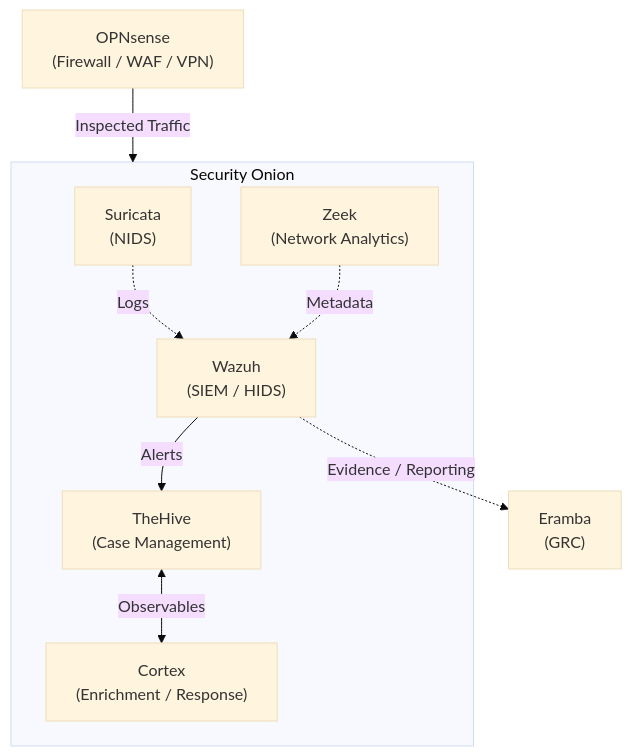
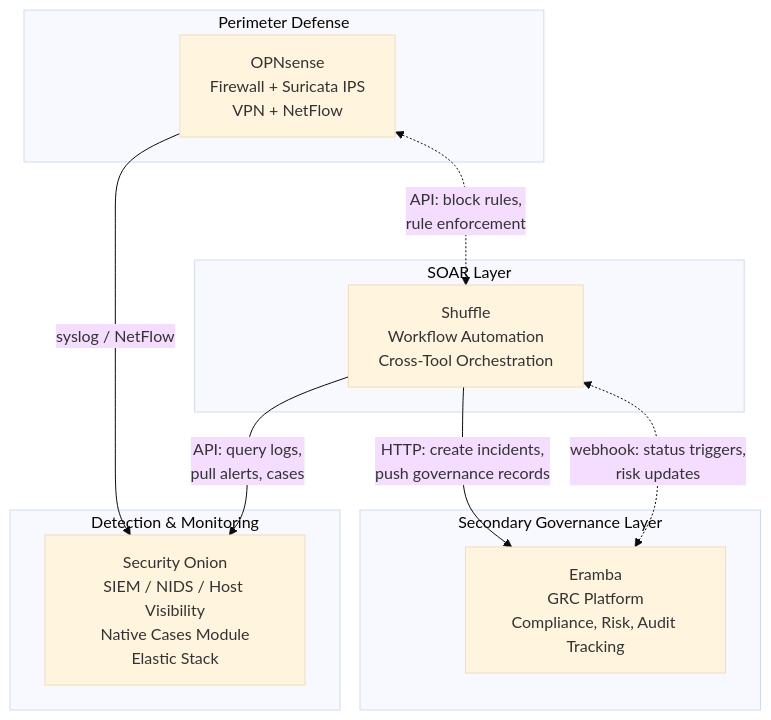
One commit to sreilly1977/dlh-cyber_security changed the first of 2 diagrams in notes/Open-Source_Security_Stack.md. Above: the diagram before and after it, drawn with Mermaid (base theme). The commit also changed other lines of this file, not shown here.

First line of the commit message:
Update Open-Source_Security_Stack.md

````diff
--- a/notes/Open-Source_Security_Stack.md
+++ b/notes/Open-Source_Security_Stack.md
@@ -53,23 +7,24 @@
 ```mermaid
 flowchart TB
-    OPN["OPNsense<br>(Firewall / WAF / VPN)"]
-
-    subgraph SO["Security Onion"]
-        SUR["Suricata<br>(NIDS)"]
-        ZEEK["Zeek<br>(Network Analytics)"]
-        WAZ["Wazuh<br>(SIEM / HIDS)"]
-        HIVE["TheHive<br>(Case Management)"]
-        CORTEX["Cortex<br>(Enrichment / Response)"]
+    subgraph Perimeter["Perimeter Defense"]
+        OPN["OPNsense<br/>Firewall + Suricata IPS<br/>VPN + NetFlow"]
     end
 
-    ERA["Eramba<br>(GRC)"]
+    subgraph Detection["Detection & Monitoring"]
+        SO["Security Onion<br/>SIEM / NIDS / Host Visibility<br/>Native Cases Module<br/>Elastic Stack"]
+    end
 
-    OPN -->|"Inspected Traffic"| SO
+    subgraph Orchestration["SOAR Layer"]
+        SHF["Shuffle<br/>Workflow Automation<br/>Cross-Tool Orchestration"]
+    end
 
-    SUR -.->|"Logs"| WAZ
-    ZEEK -.->|"Metadata"| WAZ
-    WAZ -->|"Alerts"| HIVE
-    HIVE <-->|"Observables"| CORTEX
+    subgraph Governance["Secondary Governance Layer"]
+        ERA["Eramba<br/>GRC Platform<br/>Compliance, Risk, Audit Tracking"]
+    end
 
-    WAZ -.->|"Evidence / Reporting"| ERA
+    OPN -- "syslog / NetFlow" --> SO
+    OPN <-. "API: block rules,<br/>rule enforcement" .-> SHF
+    SHF -- "API: query logs,<br/>pull alerts, cases" --> SO
+    SHF -- "HTTP: create incidents,<br/>push governance records" --> ERA
+    ERA <-. "webhook: status triggers,<br/>risk updates" .-> SHF
 ```
````
